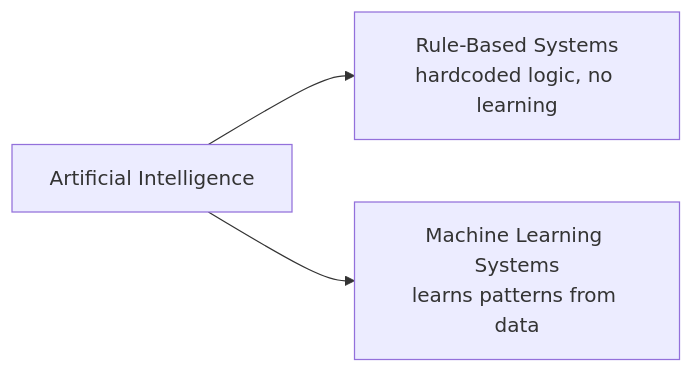
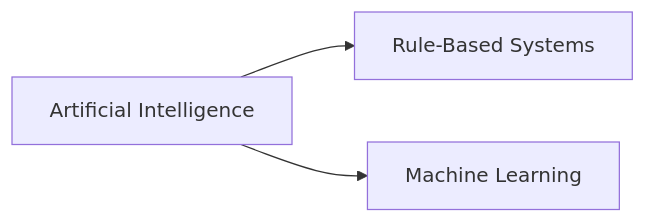
Before and after one commit to shaktikadam1630/AI-For-Backend-Developers: the second of 7 diagrams in AI Fundamentals/AI Hierarchy.md, drawn with Mermaid. The commit also changed other lines of this file, not shown here.

````diff
--- a/AI Fundamentals/AI Hierarchy.md
+++ b/AI Fundamentals/AI Hierarchy.md
@@ -43,5 +55,5 @@
 ```mermaid
 flowchart LR
-    A[Artificial Intelligence] --> B[Rule-Based Systems<br/>hardcoded logic, no learning]
-    A --> C[Machine Learning Systems<br/>learns patterns from data]
+    A[Artificial Intelligence] --> B[Rule-Based Systems]
+    A --> C[Machine Learning]
 ```
````
